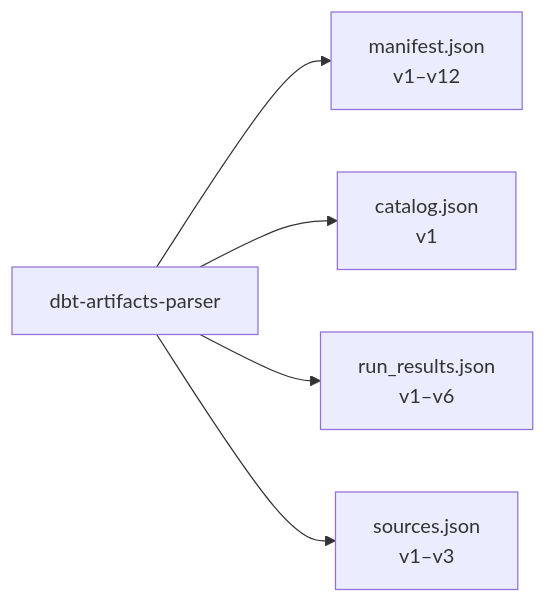
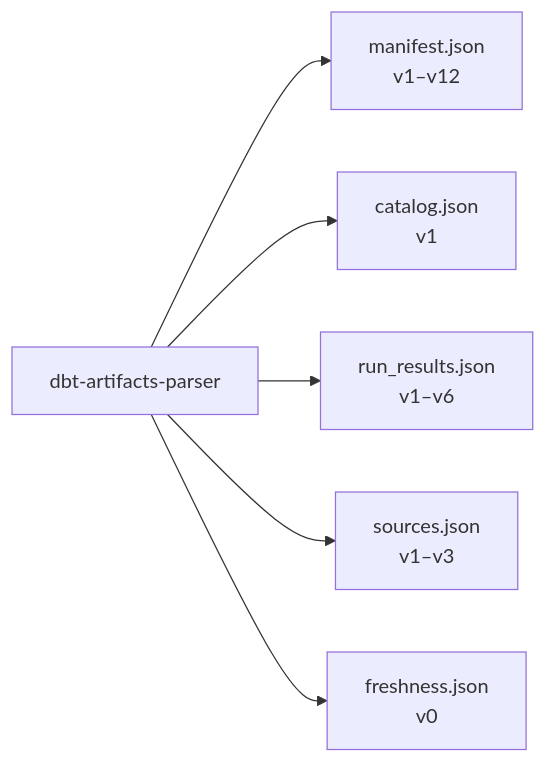
The diagram in packages/dbt-artifacts-parser/README.md (yu-iskw/dbt-artifacts-parser-ts), drawn with Mermaid before and after one commit. The commit also changed other lines of this file and 29 other files, not shown here.

First line of the commit message:
Support dbt 2 freshness.json on schema v0. (#195)

````diff
--- a/packages/dbt-artifacts-parser/README.md
+++ b/packages/dbt-artifacts-parser/README.md
@@ -13,8 +13,9 @@
 ```mermaid
 graph LR
   P["dbt-artifacts-parser"]
   P --> M["manifest.json\nv1–v12"]
   P --> C["catalog.json\nv1"]
   P --> R["run_results.json\nv1–v6"]
   P --> S["sources.json\nv1–v3"]
+  P --> F["freshness.json\nv0"]
 ```
````
